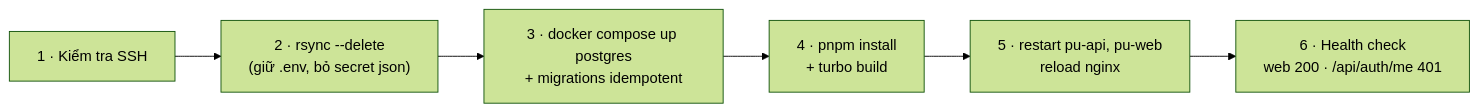
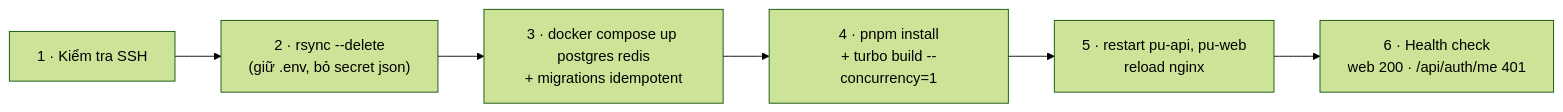
One commit to nhatcoi/pu-connect changed the second of 2 diagrams in docs/diagrams/06-deployment.md. Above: the diagram before and after it, drawn with Mermaid (forest theme). The commit also changed other lines of this file and 8 other files, not shown here.

Commit message:
docs: Web Push and BullMQ design, diagrams and ERD

````diff
--- a/docs/diagrams/06-deployment.md
+++ b/docs/diagrams/06-deployment.md
@@ -47,4 +49,4 @@
 ```mermaid
 flowchart LR
-  s1["1 · Kiểm tra SSH"] --> s2["2 · rsync --delete<br/>(giữ .env, bỏ secret json)"] --> s3["3 · docker compose up postgres<br/>+ migrations idempotent"] --> s4["4 · pnpm install<br/>+ turbo build"] --> s5["5 · restart pu-api, pu-web<br/>reload nginx"] --> s6["6 · Health check<br/>web 200 · /api/auth/me 401"]
+  s1["1 · Kiểm tra SSH"] --> s2["2 · rsync --delete<br/>(giữ .env, bỏ secret json)"] --> s3["3 · docker compose up postgres redis<br/>+ migrations idempotent"] --> s4["4 · pnpm install<br/>+ turbo build --concurrency=1"] --> s5["5 · restart pu-api, pu-web<br/>reload nginx"] --> s6["6 · Health check<br/>web 200 · /api/auth/me 401"]
 ```
````
